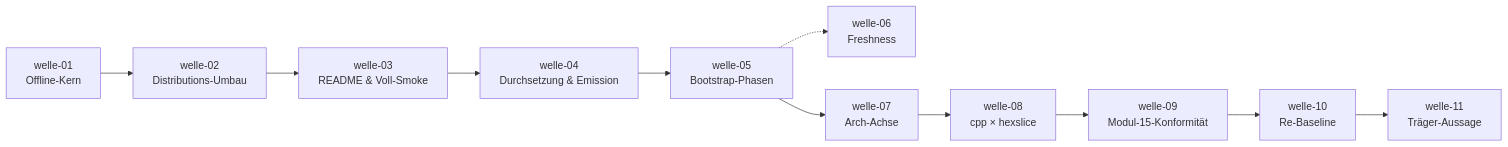
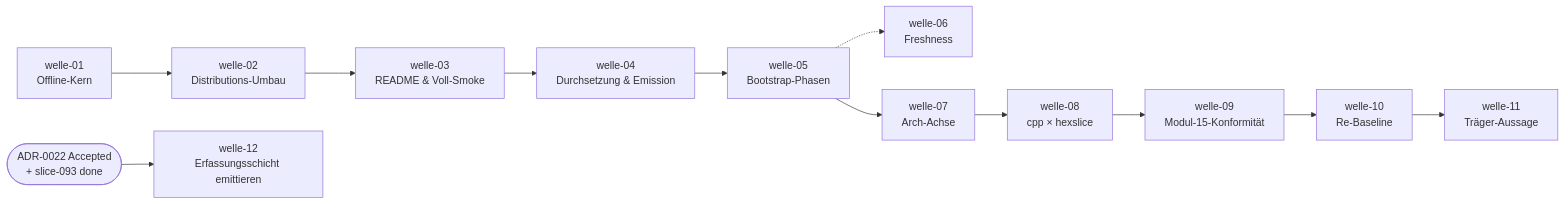
The diagram in docs/plan/planning/in-progress/roadmap.md (pt9912/ai-harness-init), drawn with Mermaid before and after one commit. The commit also changed other lines of this file and 7 other files, not shown here.

First line of the commit message:
Rolle Planner: welle-12 geschnitten -- die Erfassungsschicht geht ins Ziel, in sechs Liefergegenstaenden

````diff
--- a/docs/plan/planning/in-progress/roadmap.md
+++ b/docs/plan/planning/in-progress/roadmap.md
@@ -84,18 +96,20 @@
 ```mermaid
 flowchart LR
     W1[welle-01<br/>Offline-Kern]
     W2[welle-02<br/>Distributions-Umbau]
     W3[welle-03<br/>README & Voll-Smoke]
     W4[welle-04<br/>Durchsetzung & Emission]
     W5[welle-05<br/>Bootstrap-Phasen]
     W6[welle-06<br/>Freshness]
     W7[welle-07<br/>Arch-Achse]
     W8[welle-08<br/>cpp × hexslice]
     W9[welle-09<br/>Modul-15-Konformität]
     W10[welle-10<br/>Re-Baseline]
     W11[welle-11<br/>Träger-Aussage]
+    W12[welle-12<br/>Erfassungsschicht emittieren]
     W1 --> W2 --> W3 --> W4 --> W5
     W5 -.-> W6
     W5 --> W7 --> W8
     W8 --> W9 --> W10 --> W11
+    A0022([ADR-0022 Accepted<br/>+ slice-093 done]) --> W12
 ```
````
